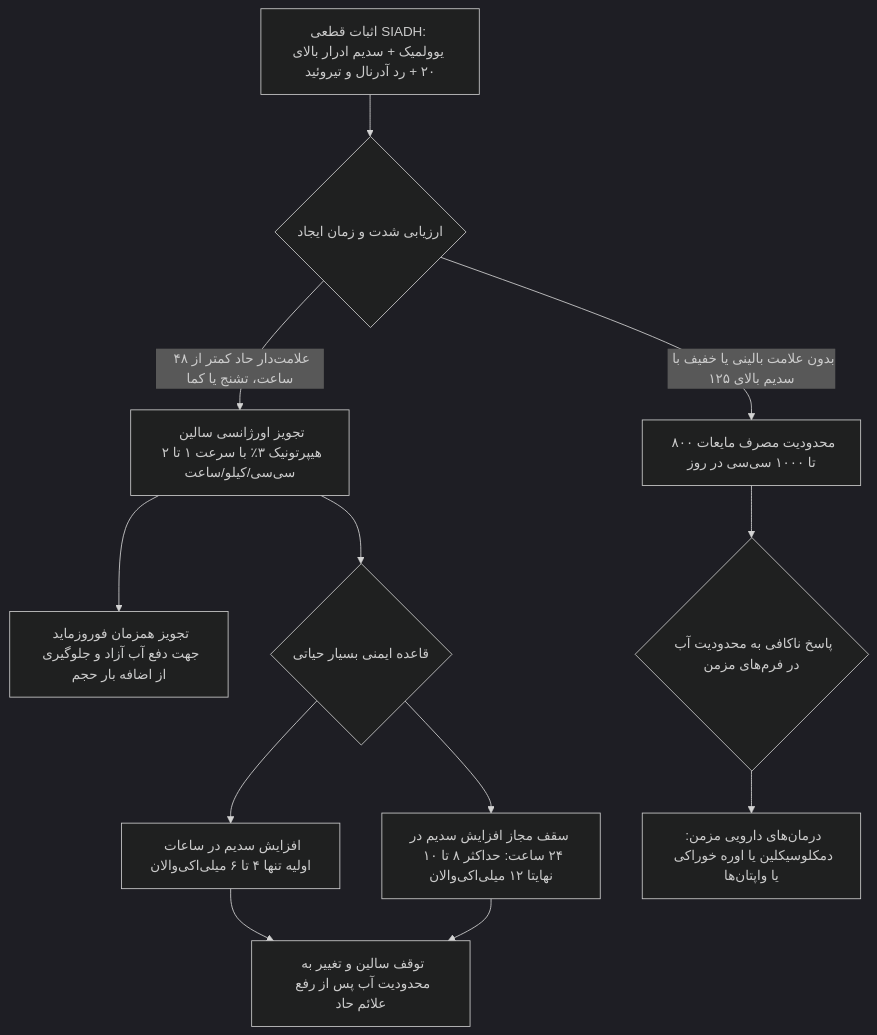
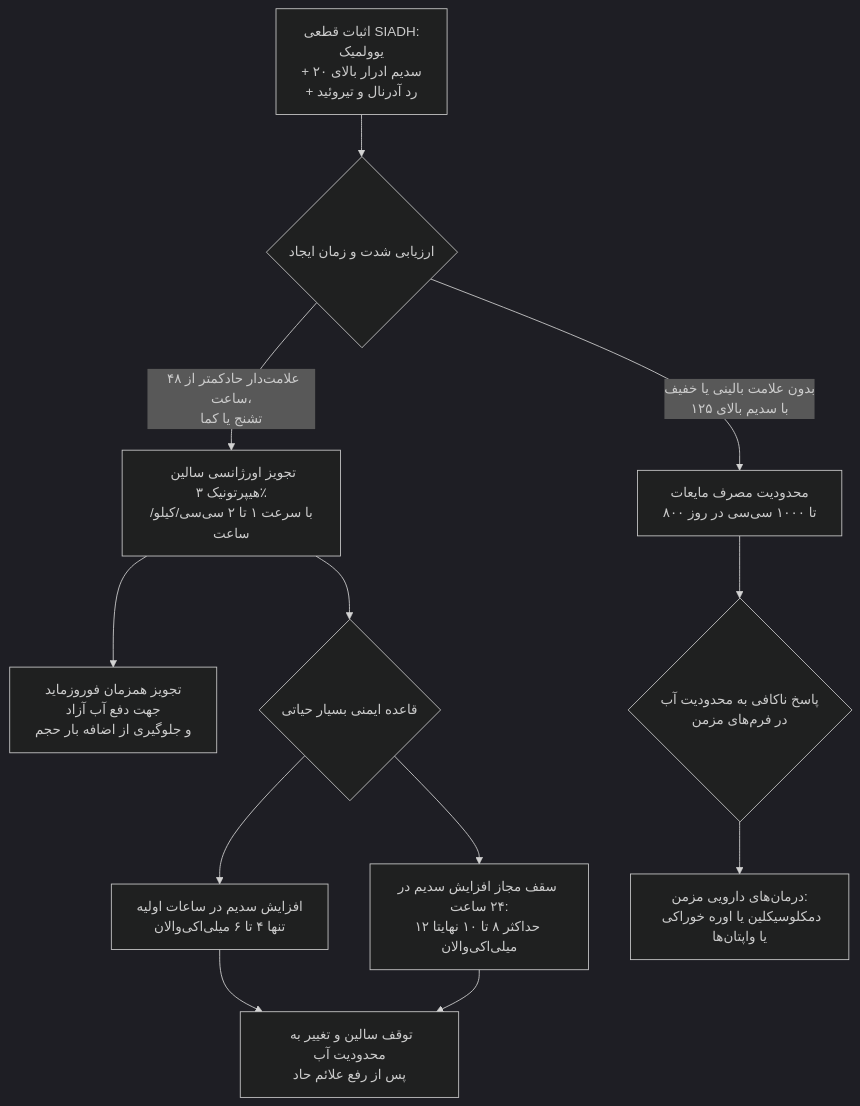
Before and after one commit to neopulse-hub/TUMS-1402-1-neo: the fifth of 5 diagrams in 07/مبانی غدد/هیپوفیز خلفی.md, drawn with Mermaid (dark theme). The commit also changed other lines of this file, not shown here.

Commit message:
Update هیپوفیز خلفی.md

````diff
--- a/07/مبانی غدد/هیپوفیز خلفی.md
+++ b/07/مبانی غدد/هیپوفیز خلفی.md
@@ -231,18 +231,18 @@
 ```mermaid
 flowchart TD
-    DiagSIADH[اثبات قطعی SIADH: یوولمیک + سدیم ادرار بالای ۲۰ + رد آدرنال و تیروئید] --> SeverityCheck{ارزیابی شدت و زمان ایجاد}
+    DiagSIADH[اثبات قطعی SIADH:<br>یوولمیک<br>+ سدیم ادرار بالای ۲۰<br>+ رد آدرنال و تیروئید] --> SeverityCheck{ارزیابی شدت و زمان ایجاد}
     
-    SeverityCheck -->|بدون علامت بالینی یا خفیف با سدیم بالای ۱۲۵| AsymptoPlan[محدودیت مصرف مایعات ۸۰۰ تا ۱۰۰۰ سی‌سی در روز]
-    SeverityCheck -->|علامت‌دار حاد کمتر از ۴۸ ساعت، تشنج یا کما| EmergentPlan[تجویز اورژانسی سالین هیپرتونیک ۳٪ با سرعت ۱ تا ۲ سی‌سی/کیلو/ساعت]
+    SeverityCheck -->|بدون علامت بالینی یا خفیف<br>با سدیم بالای ۱۲۵| AsymptoPlan[محدودیت مصرف مایعات<br>۸۰۰ تا ۱۰۰۰ سی‌سی در روز]
+    SeverityCheck -->|علامت‌دار حادکمتر از ۴۸ ساعت،<br>تشنج یا کما| EmergentPlan[تجویز اورژانسی سالین هیپرتونیک ۳٪<br>با سرعت ۱ تا ۲ سی‌سی/کیلو/ساعت]
     
-    EmergentPlan --> AddFuro[تجویز همزمان فوروزماید جهت دفع آب آزاد و جلوگیری از اضافه بار حجم]
+    EmergentPlan --> AddFuro[تجویز همزمان فوروزماید<br>جهت دفع آب آزاد<br>و جلوگیری از اضافه بار حجم]
     
     EmergentPlan --> SpeedLimit{قاعده ایمنی بسیار حیاتی}
-    SpeedLimit --> Rule1[افزایش سدیم در ساعات اولیه تنها ۴ تا ۶ میلی‌اکی‌والان]
-    SpeedLimit --> Rule2[سقف مجاز افزایش سدیم در ۲۴ ساعت: حداکثر ۸ تا ۱۰ نهایتا ۱۲ میلی‌اکی‌والان]
+    SpeedLimit --> Rule1[افزایش سدیم در ساعات اولیه<br>تنها ۴ تا ۶ میلی‌اکی‌والان]
+    SpeedLimit --> Rule2[سقف مجاز افزایش سدیم در ۲۴ ساعت:<br>حداکثر ۸ تا ۱۰ نهایتا ۱۲ میلی‌اکی‌والان]
     
-    Rule1 & Rule2 --> SwitchToRestr[توقف سالین و تغییر به محدودیت آب پس از رفع علائم حاد]
+    Rule1 & Rule2 --> SwitchToRestr[توقف سالین و تغییر به محدودیت آب<br>پس از رفع علائم حاد]
     
-    AsymptoPlan --> Refractory{پاسخ ناکافی به محدودیت آب در فرم‌های مزمن}
-    Refractory --> MedOption[درمان‌های دارویی مزمن: دمکلوسیکلین یا اوره خوراکی یا واپتان‌ها]
+    AsymptoPlan --> Refractory{پاسخ ناکافی به محدودیت آب<br>در فرم‌های مزمن}
+    Refractory --> MedOption[درمان‌های دارویی مزمن:<br>دمکلوسیکلین یا اوره خوراکی یا واپتان‌ها]
 ```
````
